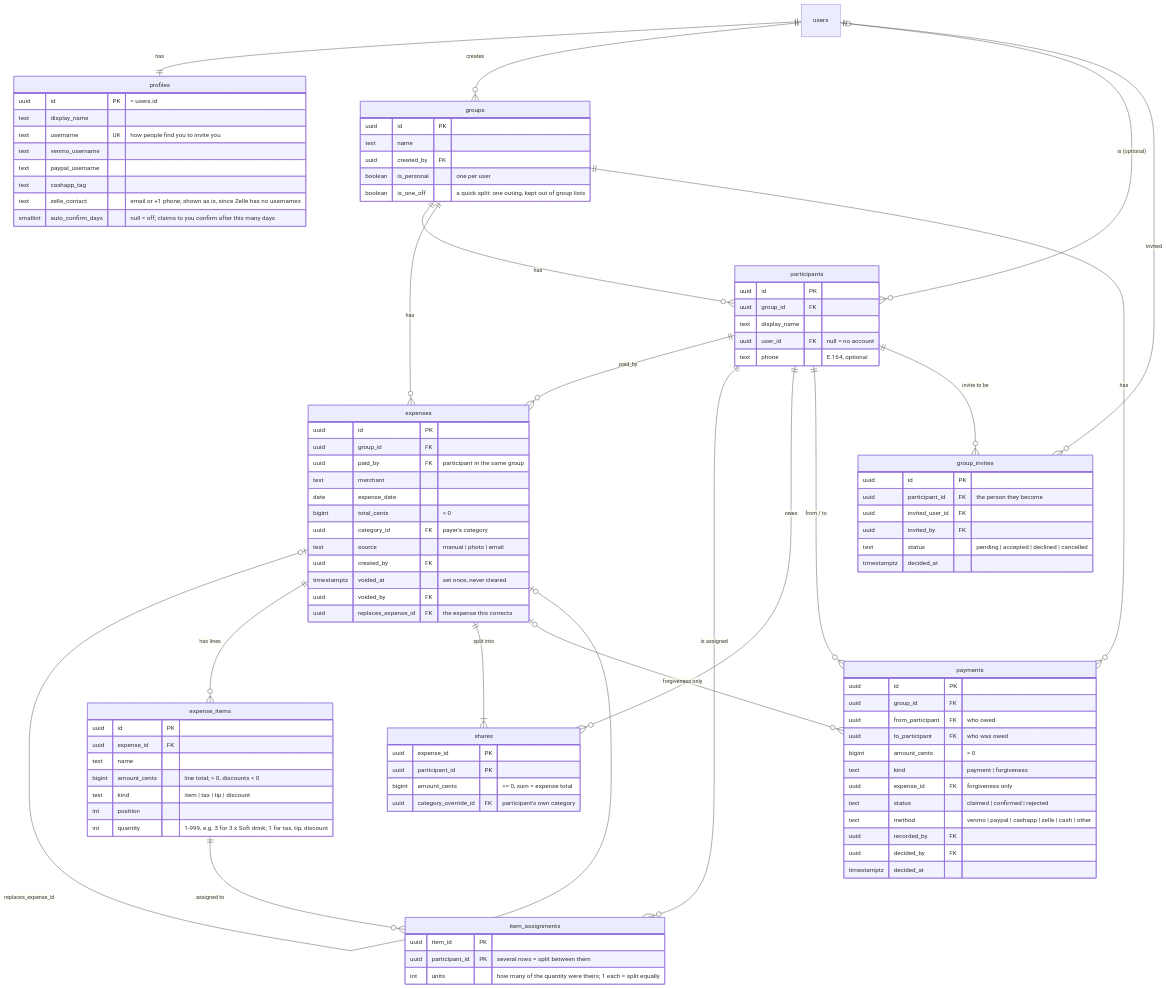
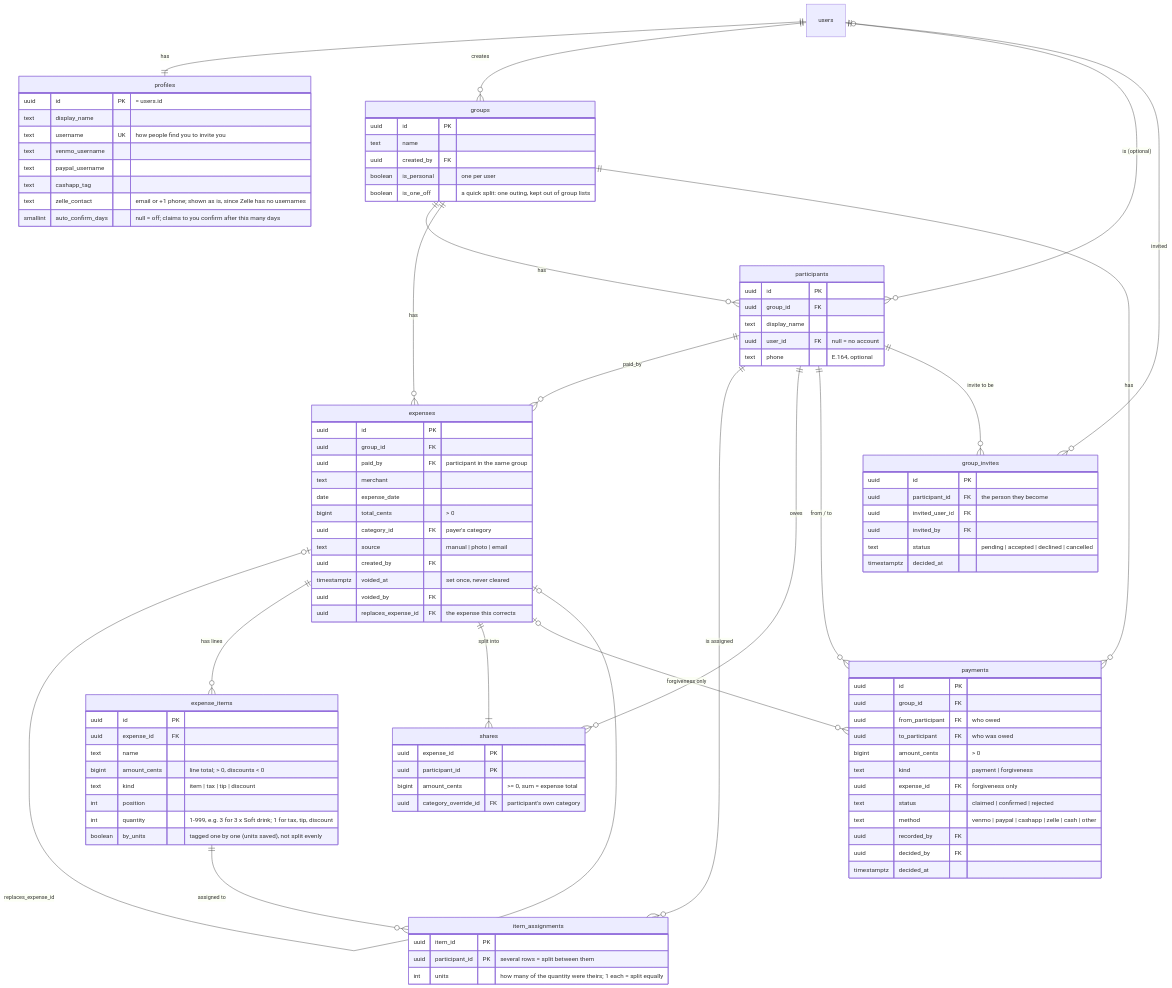
One commit to liyou2001/spendly changed the first of 4 diagrams in DATA_MODEL.md. Above: the diagram before and after it, drawn with Mermaid. The commit also changed other lines of this file and 21 other files, not shown here.

First line of the commit message:
Review fixes for scanning and quantities; one-person split message

```diff
--- a/DATA_MODEL.md
+++ b/DATA_MODEL.md
@@ -76,6 +76,7 @@
         text kind "item | tax | tip | discount"
         int position
         int quantity "1-999, e.g. 3 for 3 x Soft drink; 1 for tax, tip, discount"
+        boolean by_units "tagged one by one (units saved), not split evenly"
     }
     item_assignments {
         uuid item_id PK
```
